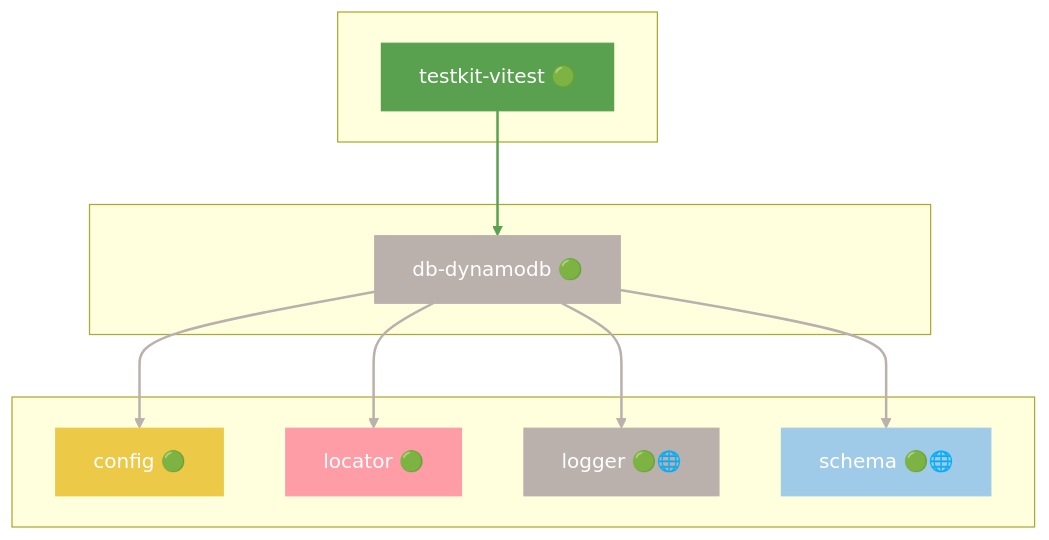
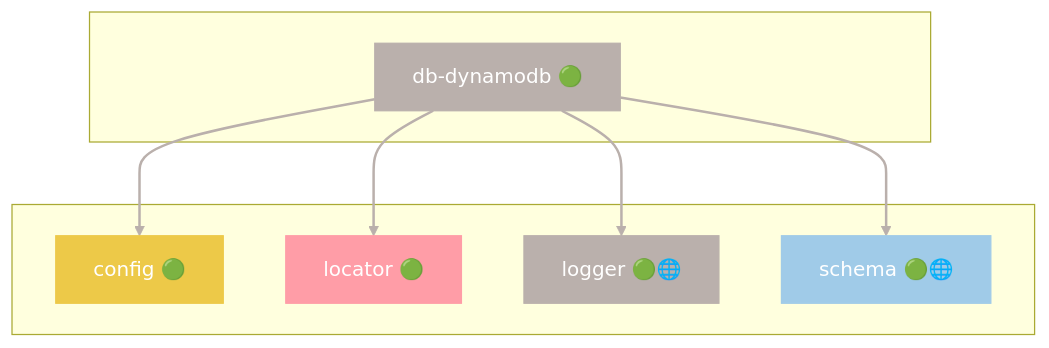
Before and after one commit to grest-ts/grest-ts: diagram 11 of 45 in docs/DEPENDENCIES.md, drawn with Mermaid. The commit also changed other lines of this file and 46 other files, not shown here.

````diff
--- a/docs/DEPENDENCIES.md
+++ b/docs/DEPENDENCIES.md
@@ -725,31 +705,25 @@
 ```mermaid
 flowchart TB
-    subgraph Dependents[" "]
-        testkit-vitest["testkit-vitest 🟢"]
-    end
     subgraph Package[" "]
         db-dynamodb["db-dynamodb 🟢"]
     end
     subgraph Dependencies[" "]
         config["config 🟢"]
         locator["locator 🟢"]
         logger["logger 🟢🌐"]
         schema["schema 🟢🌐"]
     end
-    testkit-vitest --> db-dynamodb
     db-dynamodb --> config
     db-dynamodb --> locator
     db-dynamodb --> logger
     db-dynamodb --> schema
     style db-dynamodb fill:#BAB0AC,stroke:#BAB0AC,color:#fff
-    style testkit-vitest fill:#59A14F,stroke:#59A14F,color:#fff
     style config fill:#EDC948,stroke:#EDC948,color:#fff
     style locator fill:#FF9DA7,stroke:#FF9DA7,color:#fff
     style logger fill:#BAB0AC,stroke:#BAB0AC,color:#fff
     style schema fill:#A0CBE8,stroke:#A0CBE8,color:#fff
-    linkStyle 0 stroke:#59A14F,stroke-width:2px
+    linkStyle 0 stroke:#BAB0AC,stroke-width:2px
     linkStyle 1 stroke:#BAB0AC,stroke-width:2px
     linkStyle 2 stroke:#BAB0AC,stroke-width:2px
     linkStyle 3 stroke:#BAB0AC,stroke-width:2px
-    linkStyle 4 stroke:#BAB0AC,stroke-width:2px
 ```
````
